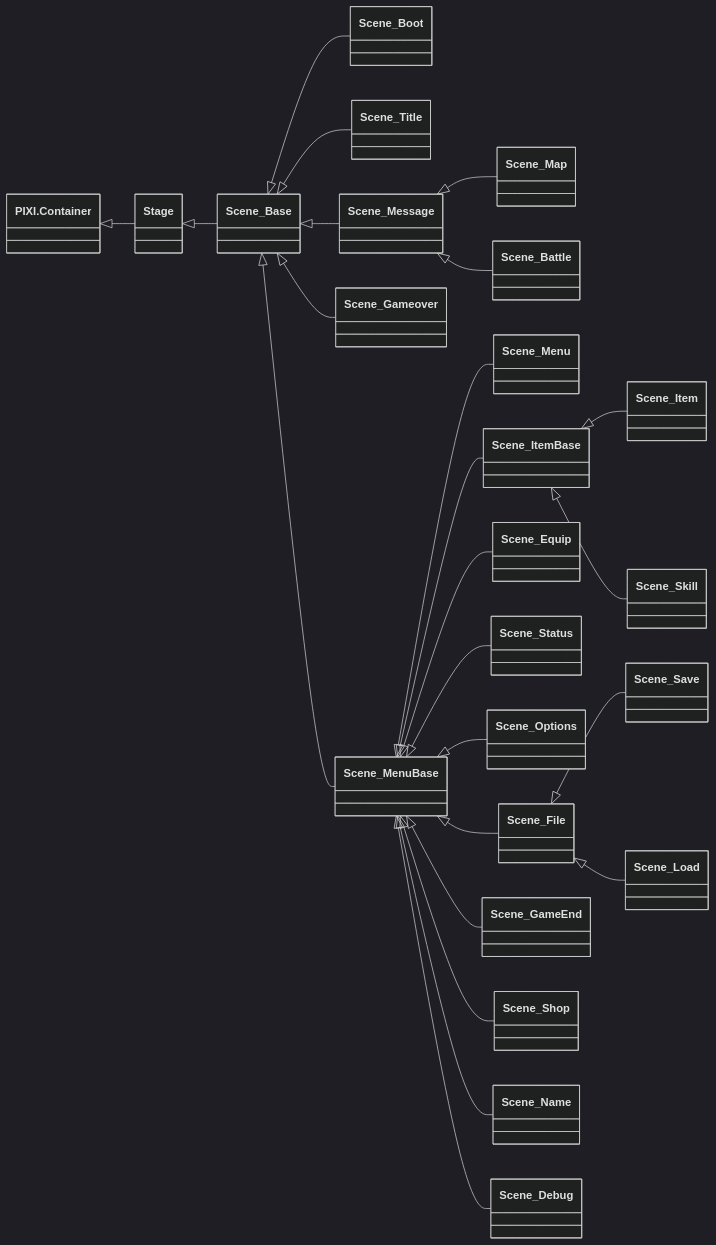
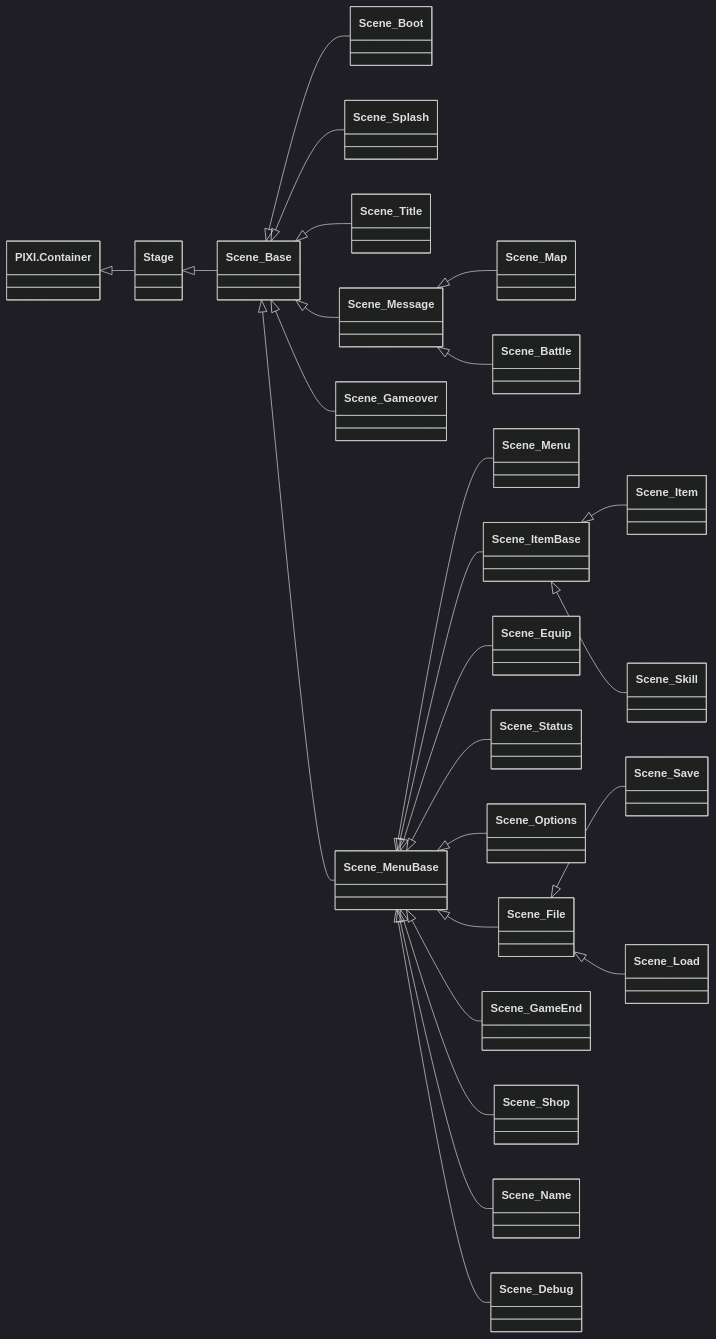
One commit to meowmotor/RPG-Maker changed the diagram in MZ/Class Inheritances/Scene_Base.md. Above: the diagram before and after it, drawn with Mermaid (dark theme).

````diff
--- a/MZ/Class Inheritances/Scene_Base.md
+++ b/MZ/Class Inheritances/Scene_Base.md
@@ -1,27 +1,28 @@
 ```mermaid
 classDiagram
 direction LR
 `PIXI.Container`<|--Stage
 Stage<|--Scene_Base
 Scene_Base<|--Scene_Boot
+Scene_Base<|--Scene_Splash
 Scene_Base<|--Scene_Title
 Scene_Base<|--Scene_Message
 Scene_Message<|--Scene_Map
 Scene_Base<|--Scene_Gameover
 Scene_Base<|--Scene_MenuBase
 Scene_MenuBase<|--Scene_Menu
 Scene_MenuBase<|--Scene_ItemBase
 Scene_ItemBase<|--Scene_Item
 Scene_ItemBase<|--Scene_Skill
 Scene_MenuBase<|--Scene_Equip
 Scene_MenuBase<|--Scene_Status
 Scene_MenuBase<|--Scene_Options
 Scene_MenuBase<|--Scene_File
 Scene_File<|--Scene_Save
 Scene_File<|--Scene_Load
 Scene_MenuBase<|--Scene_GameEnd
 Scene_MenuBase<|--Scene_Shop
 Scene_MenuBase<|--Scene_Name
 Scene_MenuBase<|--Scene_Debug
 Scene_Message<|--Scene_Battle
 ```
````
